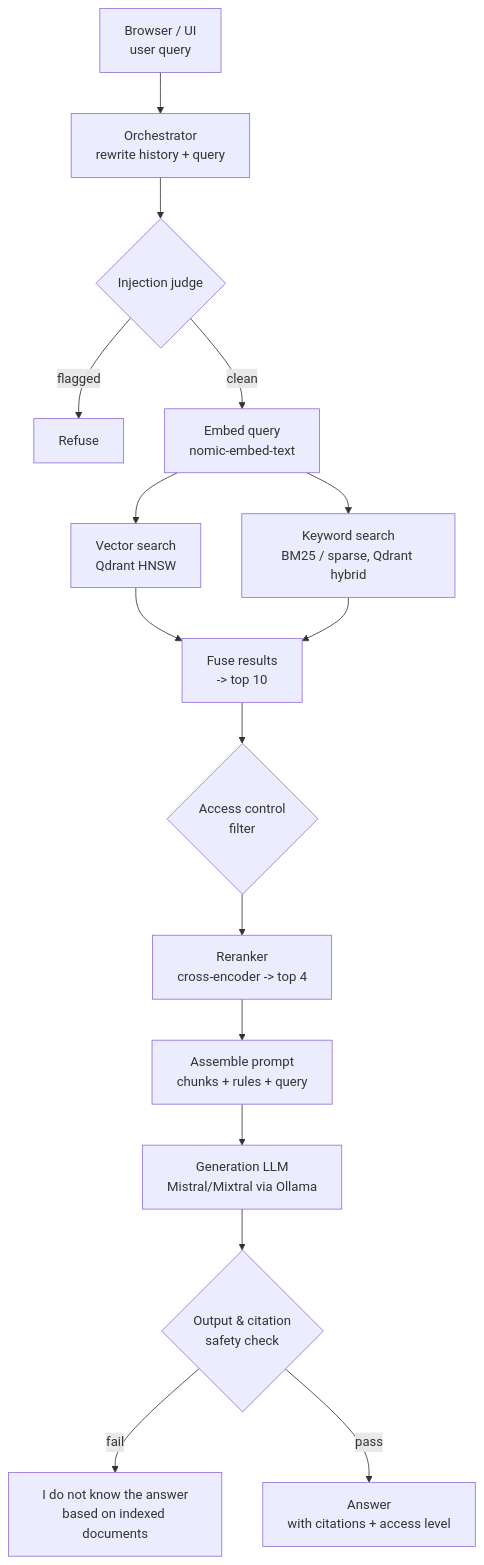
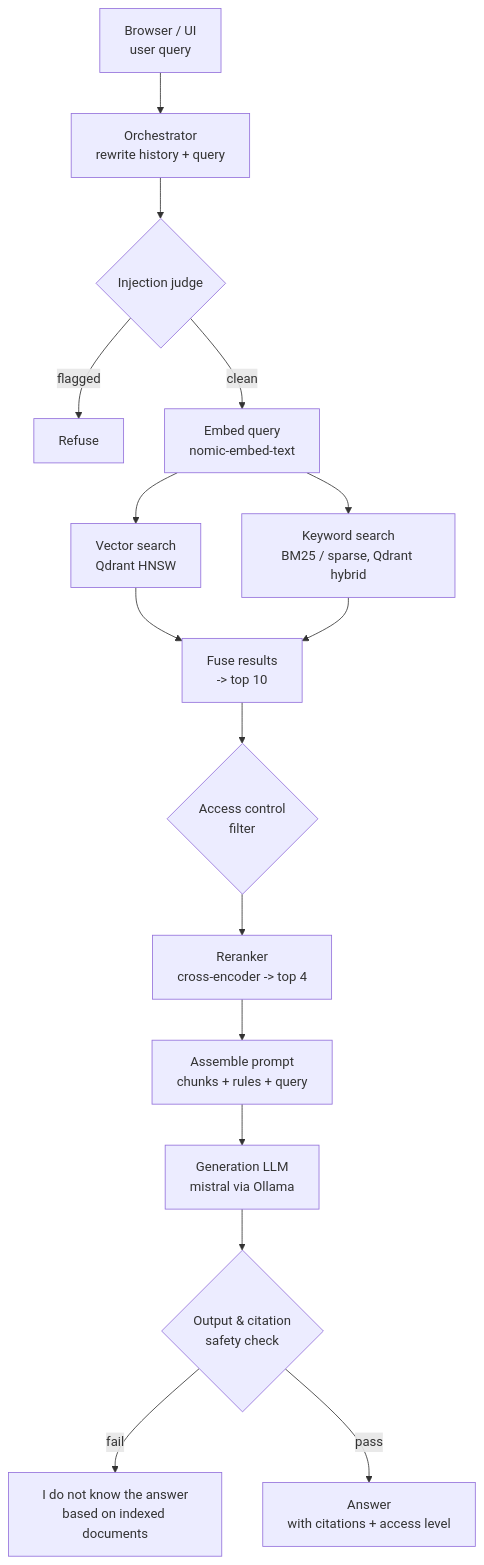
The second of 2 diagrams in README.md (SumukhaK/agentic-rag), drawn with Mermaid before and after one commit. The commit also changed other lines of this file and 9 other files, not shown here.

First line of the commit message:
feat(ai): add Ollama generation client, starting Phase 4 (#20)

````diff
--- a/README.md
+++ b/README.md
@@ -37,18 +39,18 @@
 ```mermaid
 flowchart TD
     U[Browser / UI\nuser query] --> ORCH[Orchestrator\nrewrite history + query]
     ORCH --> INJ{Injection judge}
     INJ -- flagged --> REFUSE[Refuse]
     INJ -- clean --> EMBQ[Embed query\nnomic-embed-text]
     EMBQ --> VEC[Vector search\nQdrant HNSW]
     EMBQ --> KW[Keyword search\nBM25 / sparse, Qdrant hybrid]
     VEC --> FUSE[Fuse results\n-> top 10]
     KW --> FUSE
     FUSE --> ACL{Access control\nfilter}
     ACL --> RERANK[Reranker\ncross-encoder -> top 4]
     RERANK --> PROMPT[Assemble prompt\nchunks + rules + query]
-    PROMPT --> LLM[Generation LLM\nMistral/Mixtral via Ollama]
+    PROMPT --> LLM[Generation LLM\nmistral via Ollama]
     LLM --> OUTCHK{Output & citation\nsafety check}
     OUTCHK -- fail --> IDK["I do not know the answer\nbased on indexed documents"]
     OUTCHK -- pass --> ANSWER[Answer\nwith citations + access level]
 ```
````
